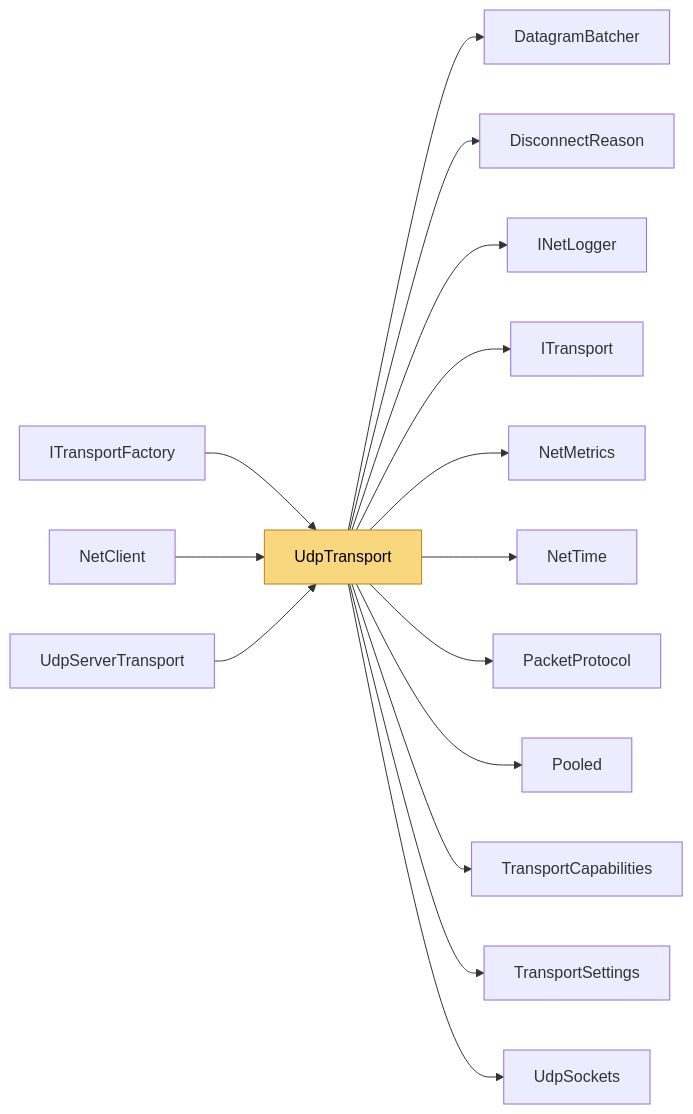
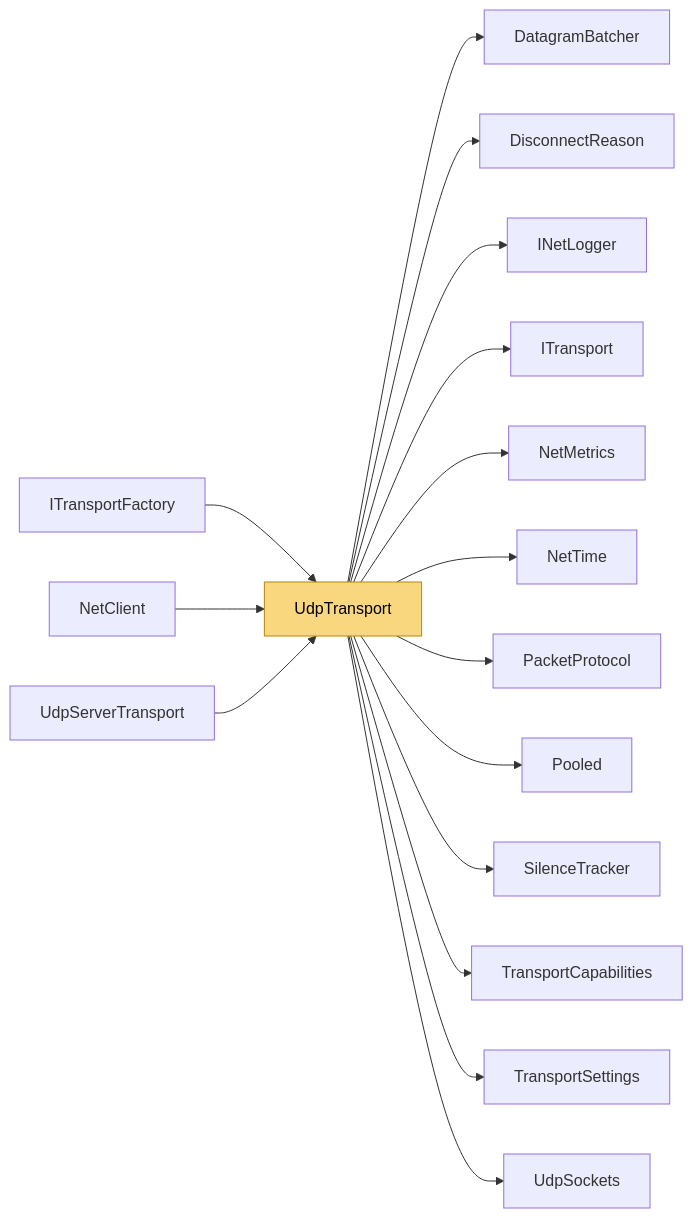
Before and after one commit to VladislavKresov/NetSync: the diagram in docs/Code/Transports/Udp/UdpTransport.md, drawn with Mermaid. The commit also changed other lines of this file and 56 other files, not shown here.

Commit message:
Docs: limitations and roadmap after rc.6 work; regenerated code reference

````diff
--- a/docs/Code/Transports/Udp/UdpTransport.md
+++ b/docs/Code/Transports/Udp/UdpTransport.md
@@ -71,19 +71,20 @@
 ```mermaid
 flowchart LR
   m_UdpTransport["UdpTransport"]:::self
   m_UdpTransport --> m_DatagramBatcher["DatagramBatcher"]
   m_UdpTransport --> m_DisconnectReason["DisconnectReason"]
   m_UdpTransport --> m_INetLogger["INetLogger"]
   m_UdpTransport --> m_ITransport["ITransport"]
   m_UdpTransport --> m_NetMetrics["NetMetrics"]
   m_UdpTransport --> m_NetTime["NetTime"]
   m_UdpTransport --> m_PacketProtocol["PacketProtocol"]
   m_UdpTransport --> m_Pooled["Pooled"]
+  m_UdpTransport --> m_SilenceTracker["SilenceTracker"]
   m_UdpTransport --> m_TransportCapabilities["TransportCapabilities"]
   m_UdpTransport --> m_TransportSettings["TransportSettings"]
   m_UdpTransport --> m_UdpSockets["UdpSockets"]
   m_ITransportFactory["ITransportFactory"] --> m_UdpTransport
   m_NetClient["NetClient"] --> m_UdpTransport
   m_UdpServerTransport["UdpServerTransport"] --> m_UdpTransport
   classDef self fill:#f9d77e,stroke:#b8860b,color:#000
 ```
````
